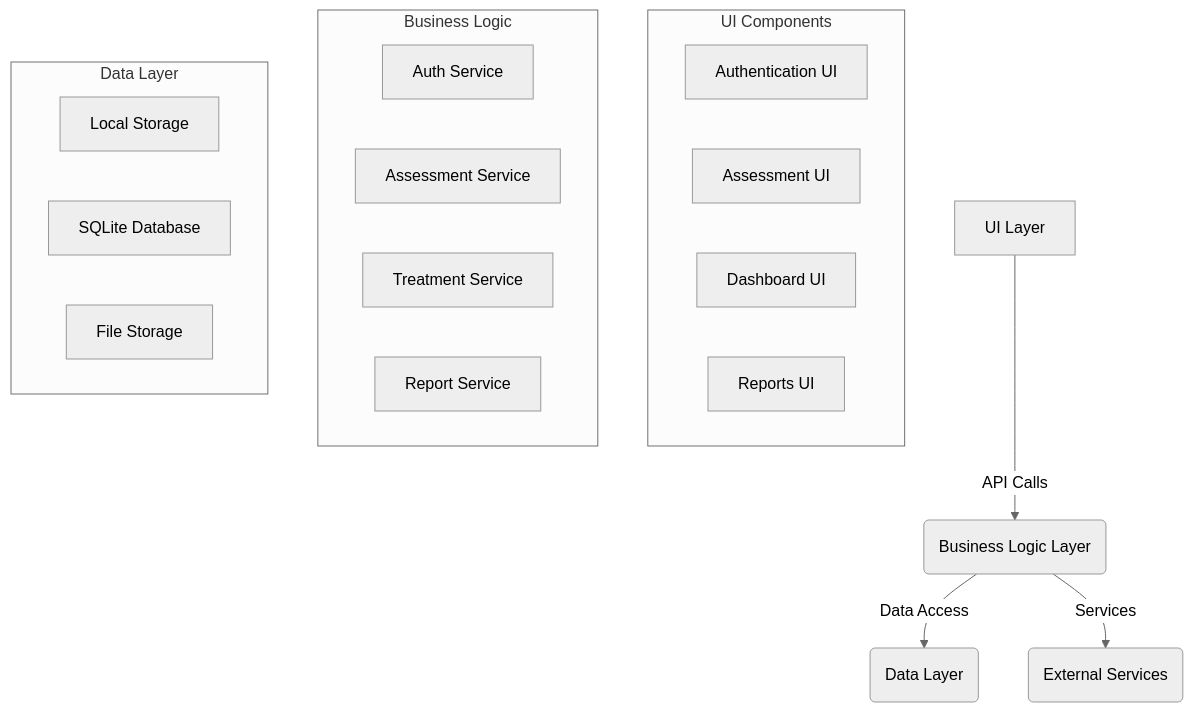
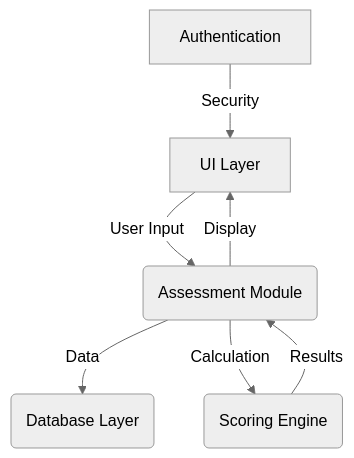
Before and after one commit to mahmoodhamdi/Khuta: the third of 4 diagrams in TECHNICAL_DIAGRAMS.md, drawn with Mermaid (neutral theme). The commit also changed other lines of this file and 8 other files, not shown here.

````diff
--- a/TECHNICAL_DIAGRAMS.md
+++ b/TECHNICAL_DIAGRAMS.md
@@ -94,26 +93,9 @@
 ```mermaid
 graph TD
-    A[UI Layer] -->|API Calls| B(Business Logic Layer)
-    B -->|Data Access| C(Data Layer)
-    B -->|Services| D(External Services)
-    
-    subgraph UI Components
-        A1[Authentication UI]
-        A2[Assessment UI]
-        A3[Dashboard UI]
-        A4[Reports UI]
-    end
-    
-    subgraph Business Logic
-        B1[Auth Service]
-        B2[Assessment Service]
-        B3[Treatment Service]
-        B4[Report Service]
-    end
-    
-    subgraph Data Layer
-        C1[Local Storage]
-        C2[SQLite Database]
-        C3[File Storage]
-    end
+    A[UI Layer] -->|User Input| B(Assessment Module)
+    B -->|Data| C(Database Layer)
+    B -->|Calculation| D(Scoring Engine)
+    D -->|Results| B
+    B -->|Display| A
+    E[Authentication] -->|Security| A
 ```
````
